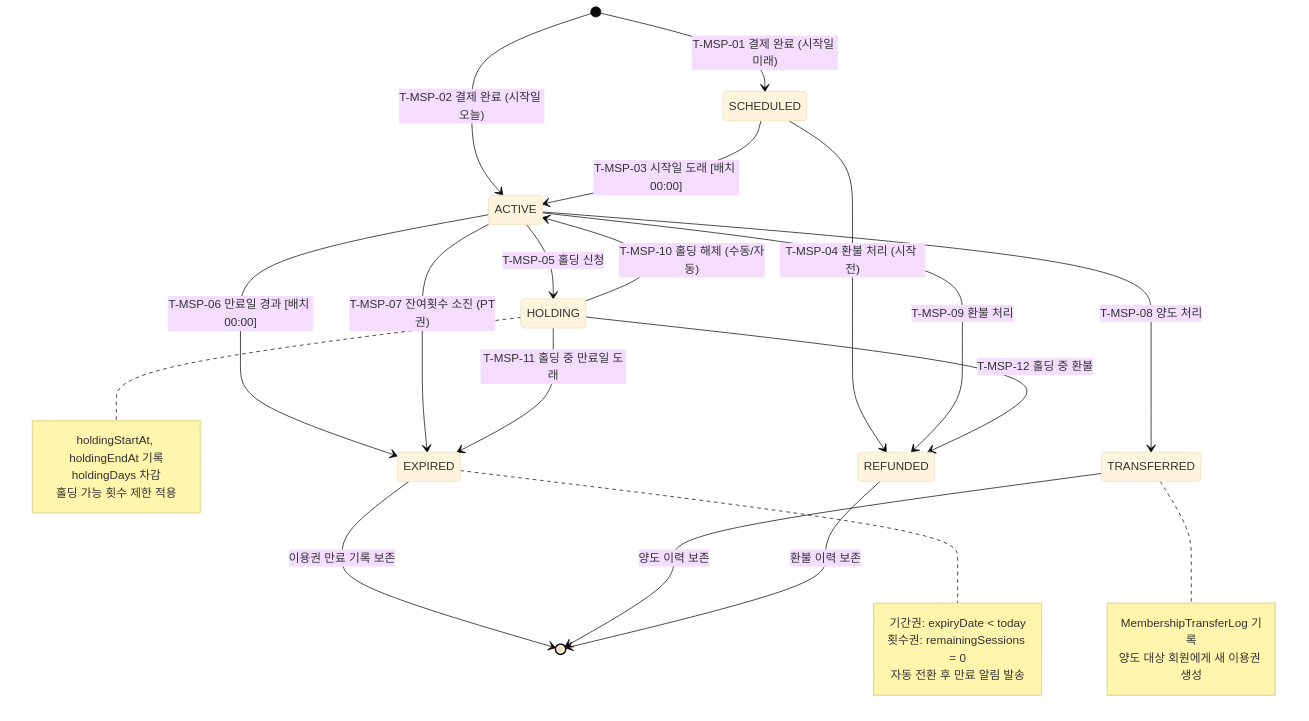
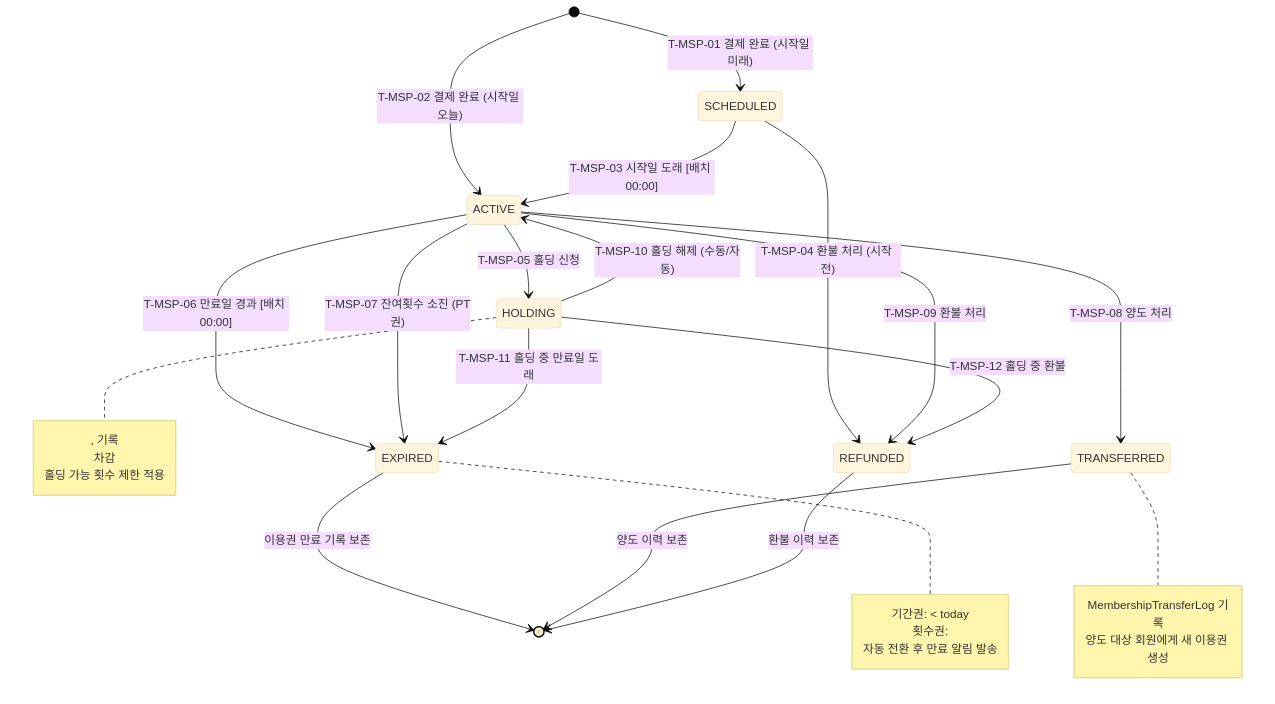
The diagram in docs/다이어그램/20_상태전이도/20-02_MembershipStatus.md (dev-spogym/admin-pando), drawn with Mermaid (base theme) before and after one commit. The commit also changed other lines of this file and 1660 other files, not shown here.

First line of the commit message:
다이어그램: 기획자/클라이언트 납품본으로 정리

````diff
--- a/docs/다이어그램/20_상태전이도/20-02_MembershipStatus.md
+++ b/docs/다이어그램/20_상태전이도/20-02_MembershipStatus.md
@@ -35,39 +26,39 @@
 ```mermaid
 stateDiagram-v2
     [*] --> SCHEDULED : T-MSP-01 결제 완료 (시작일 미래)
     [*] --> ACTIVE : T-MSP-02 결제 완료 (시작일 오늘)
 
     SCHEDULED --> ACTIVE : T-MSP-03 시작일 도래 [배치 00:00]
     SCHEDULED --> REFUNDED : T-MSP-04 환불 처리 (시작 전)
 
     ACTIVE --> HOLDING : T-MSP-05 홀딩 신청
     ACTIVE --> EXPIRED : T-MSP-06 만료일 경과 [배치 00:00]
     ACTIVE --> EXPIRED : T-MSP-07 잔여횟수 소진 (PT권)
     ACTIVE --> TRANSFERRED : T-MSP-08 양도 처리
     ACTIVE --> REFUNDED : T-MSP-09 환불 처리
 
     HOLDING --> ACTIVE : T-MSP-10 홀딩 해제 (수동/자동)
     HOLDING --> EXPIRED : T-MSP-11 홀딩 중 만료일 도래
     HOLDING --> REFUNDED : T-MSP-12 홀딩 중 환불
 
     EXPIRED --> [*] : 이용권 만료 기록 보존
     TRANSFERRED --> [*] : 양도 이력 보존
     REFUNDED --> [*] : 환불 이력 보존
 
     note right of HOLDING
-        holdingStartAt, holdingEndAt 기록
-        holdingDays 차감
+        , 기록
+         차감
         홀딩 가능 횟수 제한 적용
     end note
 
     note right of EXPIRED
-        기간권: expiryDate < today
-        횟수권: remainingSessions = 0
+        기간권: < today
+        횟수권: 
         자동 전환 후 만료 알림 발송
     end note
 
     note right of TRANSFERRED
         MembershipTransferLog 기록
         양도 대상 회원에게 새 이용권 생성
     end note
 ```
````
